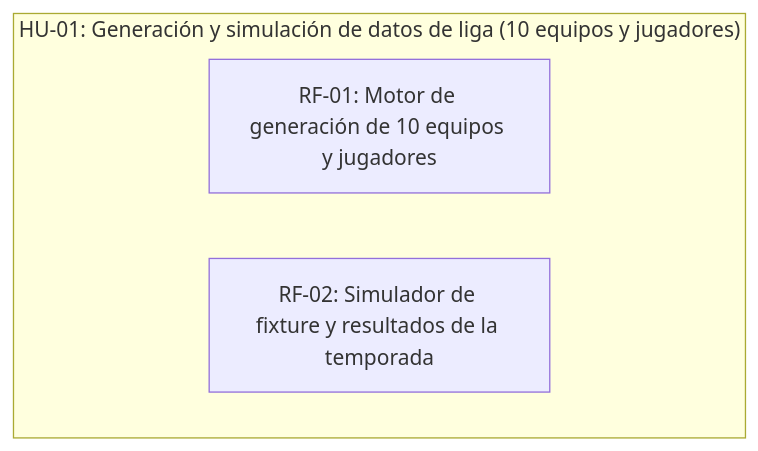
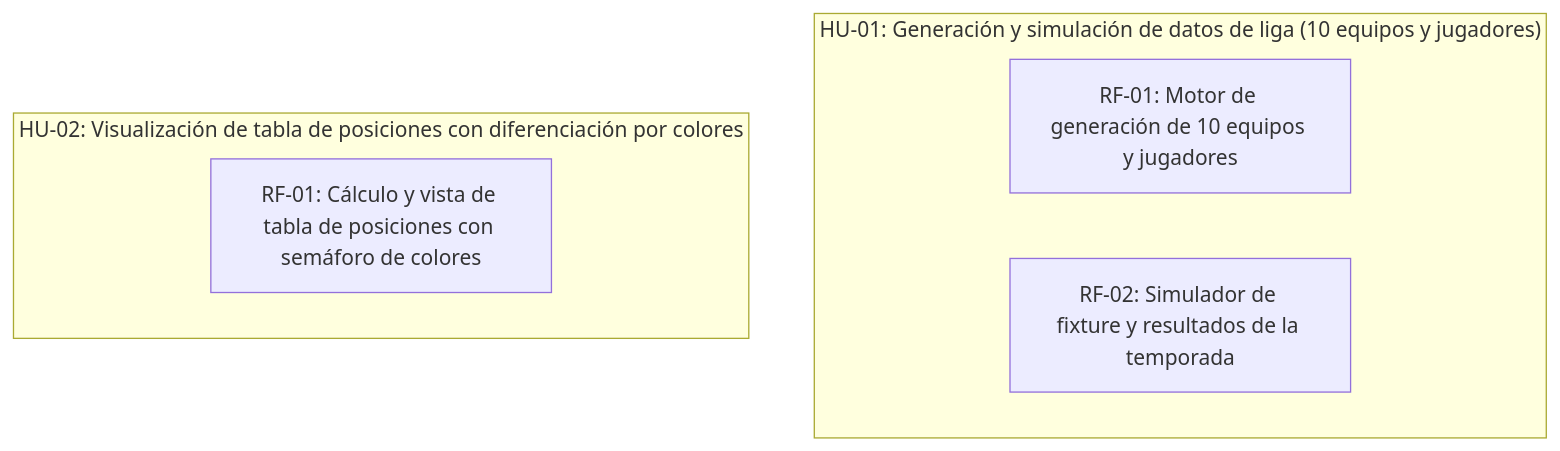
One commit to Agustin-PerezR/pruebas changed the diagram in scrumDocs/grafo.md. Above: the diagram before and after it, drawn with Mermaid. The commit also changed other lines of this file, not shown here.

Commit message:
Auto-publish: actualiza scrumDocs/grafo.md

````diff
--- a/scrumDocs/grafo.md
+++ b/scrumDocs/grafo.md
@@ -5,7 +5,10 @@
 ```mermaid
 graph TD
   subgraph US_1789500774004["HU-01: Generación y simulación de datos de liga (10 equipos y jugadores)"]
     REQ_1789501307396["RF-01: Motor de generación de 10 equipos y jugadores"]
     REQ_1789501323521["RF-02: Simulador de fixture y resultados de la temporada"]
   end
+  subgraph US_1789500801469["HU-02: Visualización de tabla de posiciones con diferenciación por colores"]
+    REQ_1789501339015["RF-01: Cálculo y vista de tabla de posiciones con semáforo de colores"]
+  end
 ```
````
